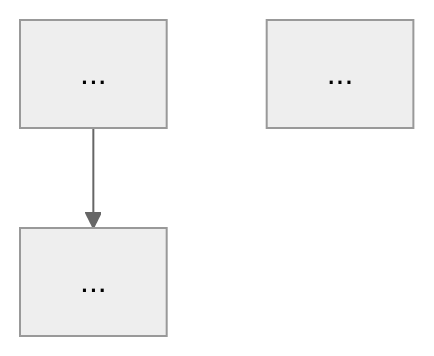
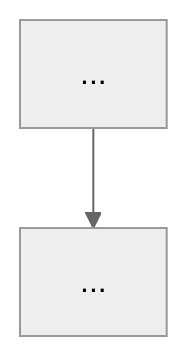
The second of 6 diagrams in skills/dev/wkevin-5-views/example.md (wkevin/skills), drawn with Mermaid (neutral theme) before and after one commit. The commit also changed other lines of this file and 1 other file, not shown here.

````diff
--- a/skills/dev/wkevin-5-views/example.md
+++ b/skills/dev/wkevin-5-views/example.md
@@ -42,5 +79,4 @@
 ```mermaid
 flowchart TD
     A[...] --> B[...]
-    ...
 ```
````
